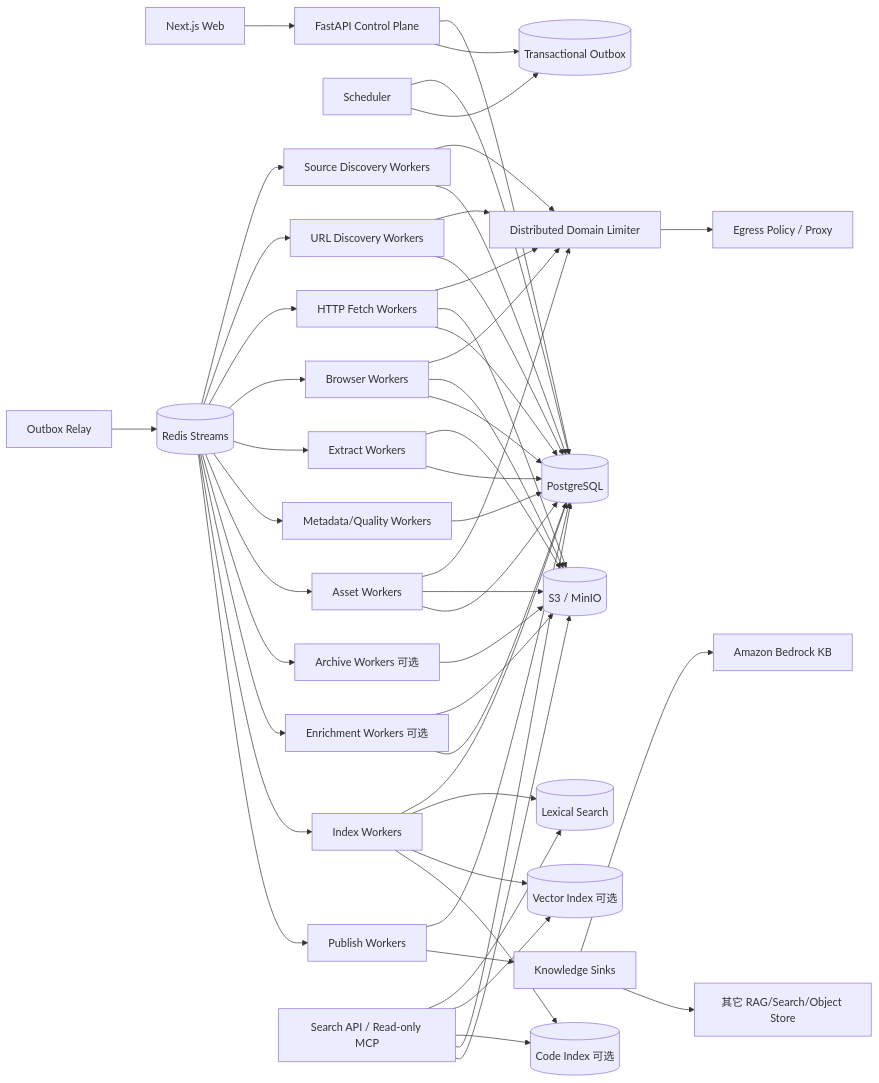
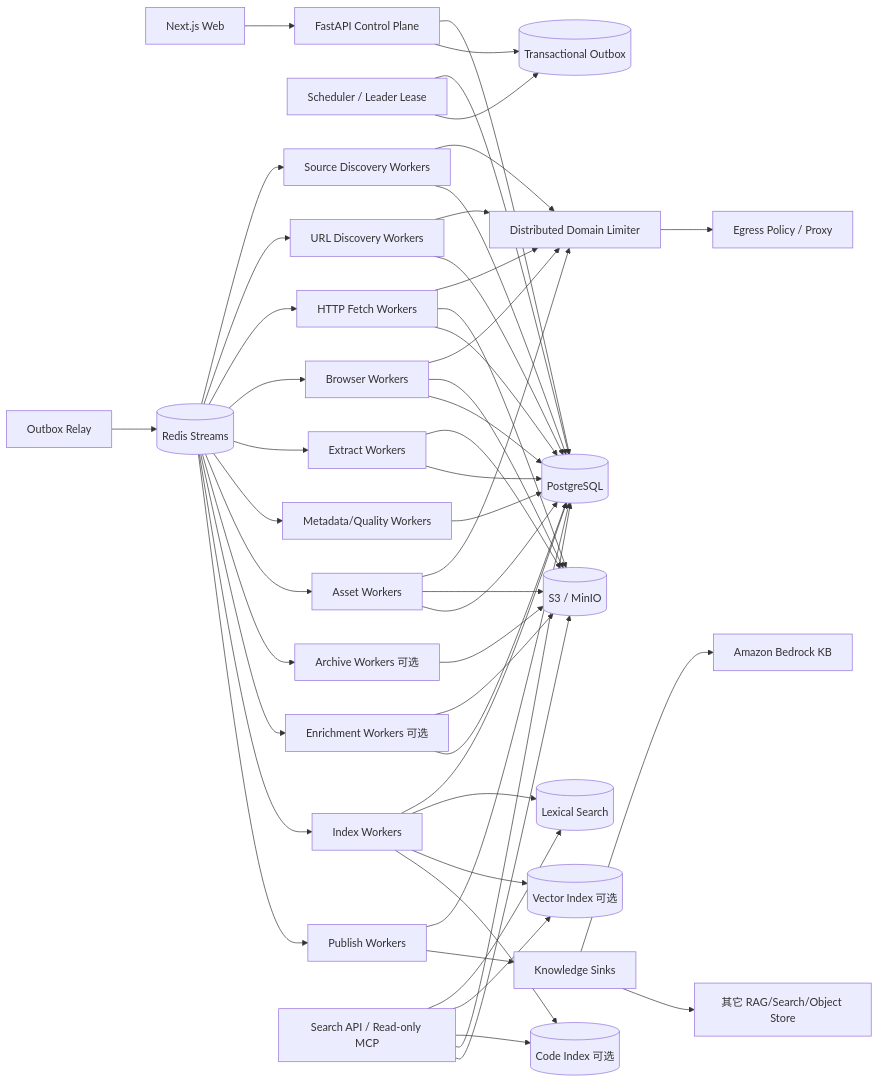
Before and after one commit to WorkerXu/my-doc: the diagram in 博客知识库技术方案.md, drawn with Mermaid. The commit also changed other lines of this file, not shown here.

````diff
--- a/博客知识库技术方案.md
+++ b/博客知识库技术方案.md
@@ -70,59 +77,59 @@
 ```mermaid
 flowchart LR
     UI[Next.js Web] --> API[FastAPI Control Plane]
     API --> PG[(PostgreSQL)]
     API --> OUT[(Transactional Outbox)]
-    SCHED[Scheduler] --> PG
+    SCHED[Scheduler / Leader Lease] --> PG
     SCHED --> OUT
     RELAY[Outbox Relay] --> Q[(Redis Streams)]
 
     Q --> SD[Source Discovery Workers]
     Q --> UD[URL Discovery Workers]
     Q --> HF[HTTP Fetch Workers]
     Q --> BF[Browser Workers]
     Q --> EX[Extract Workers]
     Q --> MQ[Metadata/Quality Workers]
     Q --> AS[Asset Workers]
     Q --> AR[Archive Workers 可选]
     Q --> EN[Enrichment Workers 可选]
     Q --> IX[Index Workers]
     Q --> PW[Publish Workers]
 
     SD --> LIM[Distributed Domain Limiter]
     UD --> LIM
     HF --> LIM
     BF --> LIM
     AS --> LIM
     LIM --> EG[Egress Policy / Proxy]
 
     HF --> OBJ[(S3 / MinIO)]
     BF --> OBJ
     EX --> OBJ
     AS --> OBJ
     AR --> OBJ
     EN --> OBJ
 
     SD --> PG
     UD --> PG
     HF --> PG
     BF --> PG
     EX --> PG
     MQ --> PG
     AS --> PG
     EN --> PG
     IX --> PG
     PW --> PG
 
     IX --> LEX[(Lexical Search)]
     IX --> VEC[(Vector Index 可选)]
     IX --> CODE[(Code Index 可选)]
     SEARCH[Search API / Read-only MCP] --> LEX
     SEARCH --> VEC
     SEARCH --> CODE
     SEARCH --> PG
     SEARCH --> OBJ
 
     PW --> SINK[Knowledge Sinks]
     SINK --> BEDROCK[Amazon Bedrock KB]
     SINK --> EXT[其它 RAG/Search/Object Store]
 ```
````
